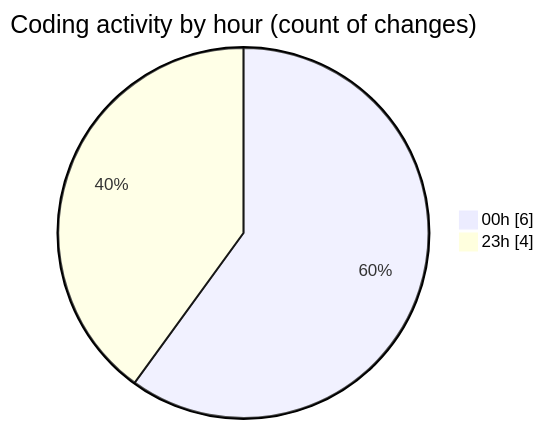
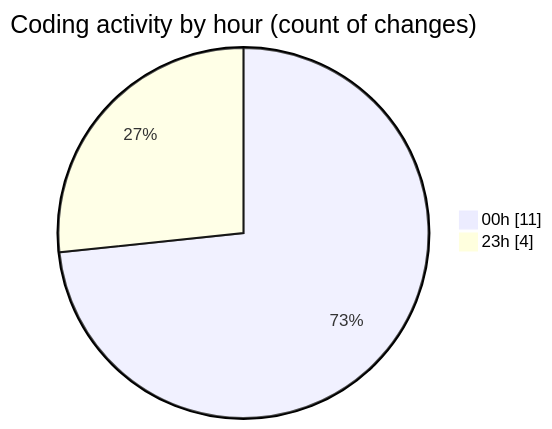
Before and after one commit to hasnaa123/code-tracking: the second of 2 diagrams in 2026-11-26/taskforge/README.md, drawn with Mermaid. The commit also changed other lines of this file and 1 other file, not shown here.

````diff
--- a/2026-11-26/taskforge/README.md
+++ b/2026-11-26/taskforge/README.md
@@ -28,6 +28,6 @@
 ```mermaid
 pie showData
 title Coding activity by hour (count of changes)
-"00h" : 6
+"00h" : 11
 "23h" : 4
 ```
````
